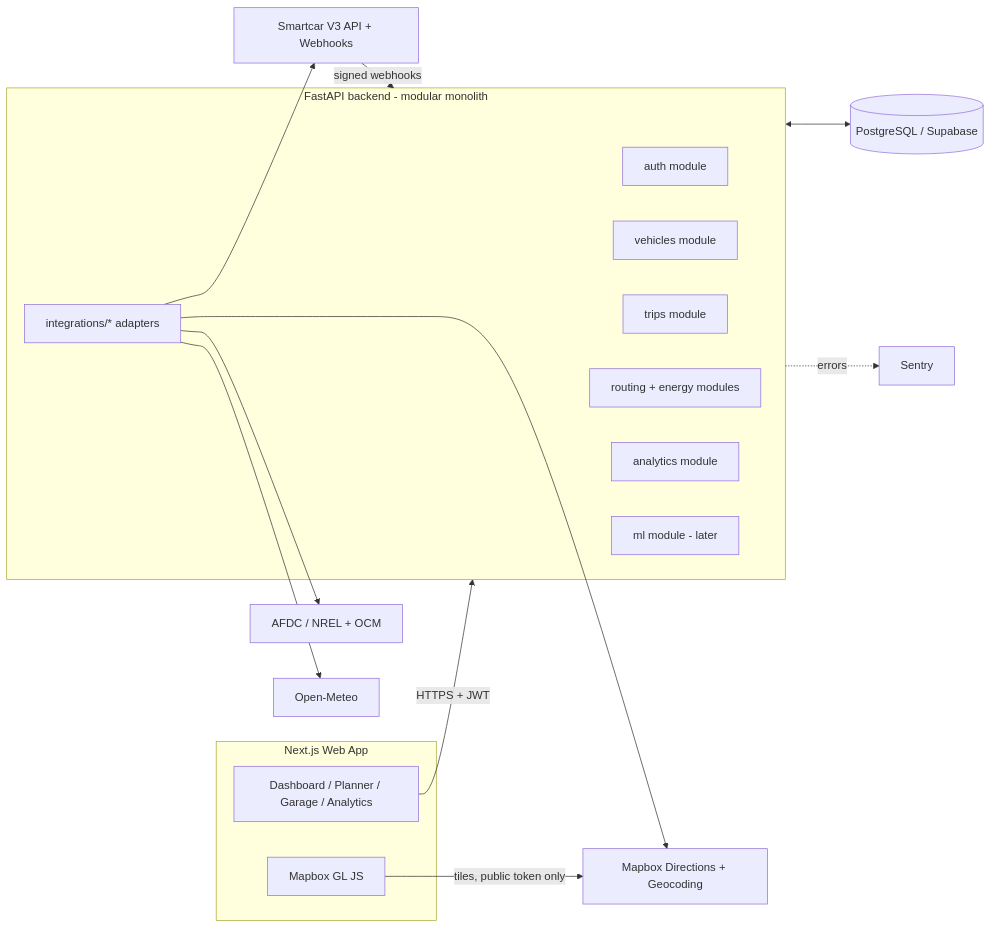
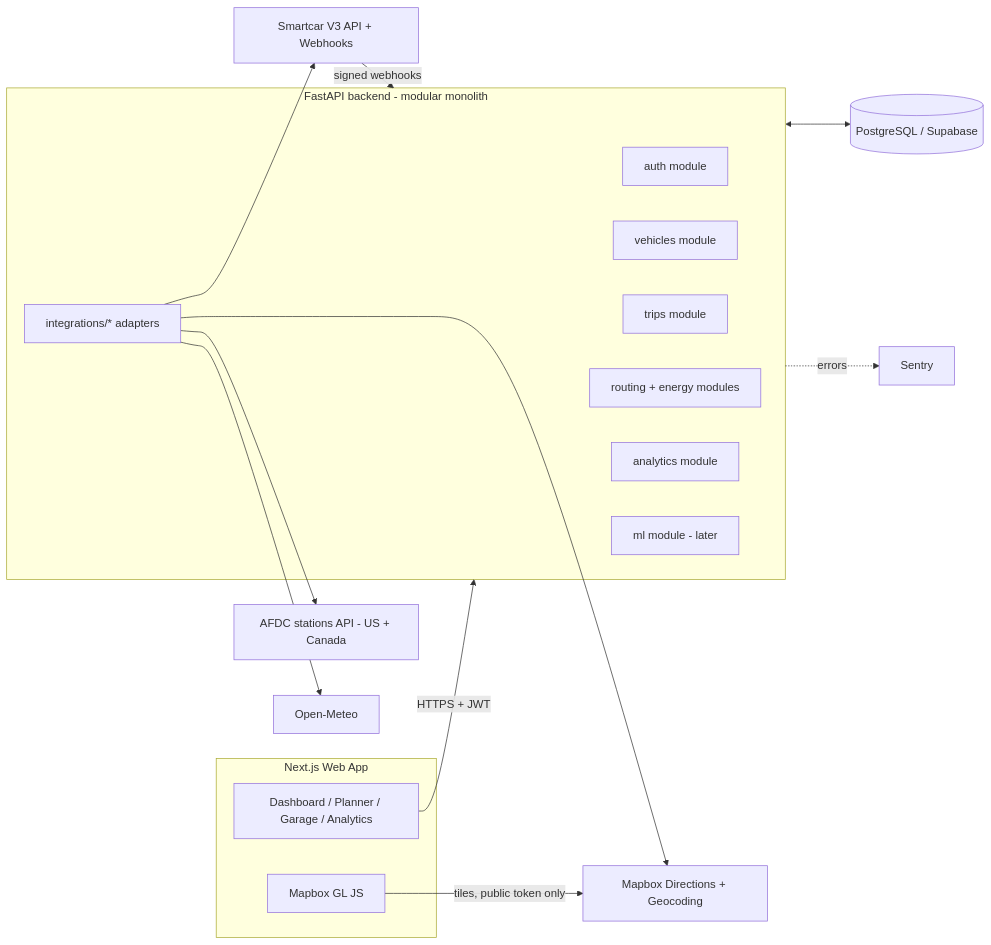
One commit to ayush-regmi/ChargeWaze changed the diagram in docs/architecture.md. Above: the diagram before and after it, drawn with Mermaid. The commit also changed other lines of this file and 25 other files, not shown here.

````diff
--- a/docs/architecture.md
+++ b/docs/architecture.md
@@ -31,35 +31,35 @@
 ```mermaid
 flowchart LR
     subgraph Client[Next.js Web App]
         UI[Dashboard / Planner / Garage / Analytics]
         MapboxGL[Mapbox GL JS]
     end
 
     subgraph Backend[FastAPI backend - modular monolith]
         Auth[auth module]
         Vehicles[vehicles module]
         Trips[trips module]
         Routing[routing + energy modules]
         Analytics[analytics module]
         MLmod[ml module - later]
         Integrations[integrations/* adapters]
     end
 
     DB[(PostgreSQL / Supabase)]
     Smartcar[Smartcar V3 API + Webhooks]
     Mapbox[Mapbox Directions + Geocoding]
-    Stations[AFDC / NREL + OCM]
+    Stations[AFDC stations API - US + Canada]
     Weather[Open-Meteo]
     Sentry[Sentry]
 
     UI -->|HTTPS + JWT| Backend
     MapboxGL -->|tiles, public token only| Mapbox
 
     Backend <--> DB
     Integrations --> Smartcar
     Integrations --> Mapbox
     Integrations --> Stations
     Integrations --> Weather
     Smartcar -->|signed webhooks| Backend
     Backend -.->|errors| Sentry
 ```
````
